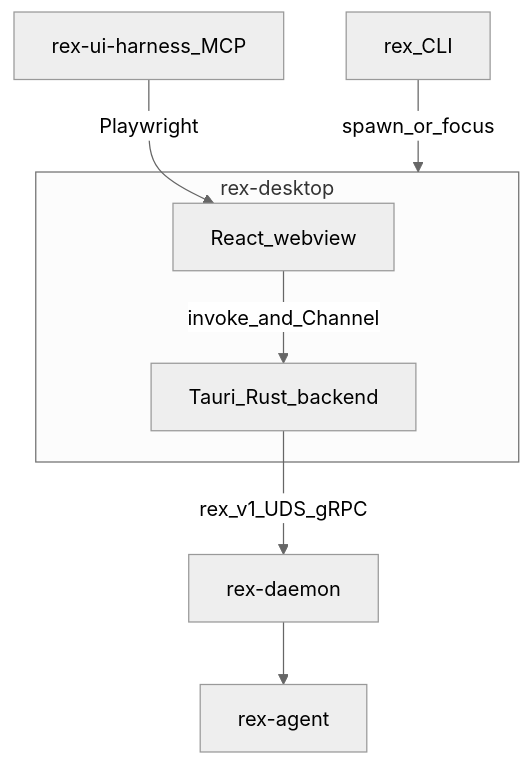
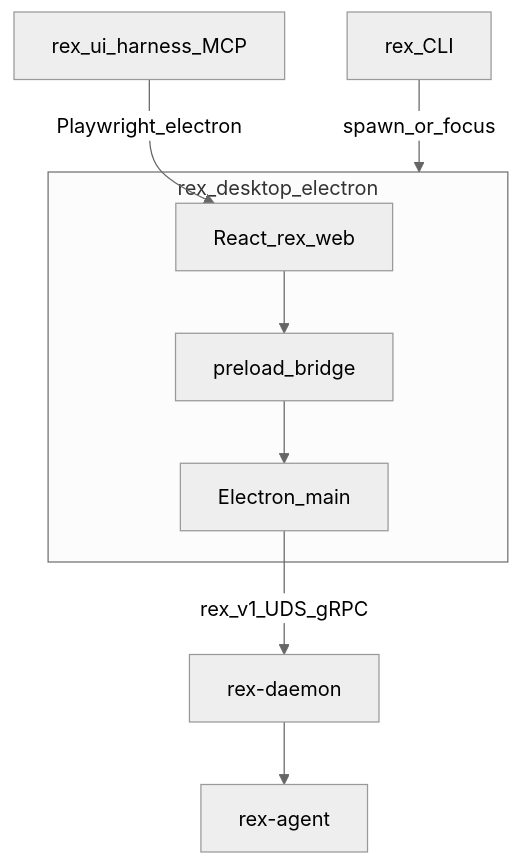
One commit to thsfranca/rex changed the diagram in docs/WEB_UI_ARCHITECTURE.md. Above: the diagram before and after it, drawn with Mermaid (neutral theme). The commit also changed other lines of this file and 9 other files, not shown here.

First line of the commit message:
docs(web-ui): adopt Electron shell for Electric Alive compositor (#418)

````diff
--- a/docs/WEB_UI_ARCHITECTURE.md
+++ b/docs/WEB_UI_ARCHITECTURE.md
@@ -31,12 +31,13 @@
 ```mermaid
 flowchart TD
-  subgraph desktop [rex-desktop]
-    WebView[React_webview]
-    TauriRust[Tauri_Rust_backend]
-    WebView -->|"invoke_and_Channel"| TauriRust
+  subgraph desktop [rex_desktop_electron]
+    Renderer[React_rex_web]
+    Preload[preload_bridge]
+    ElectronMain[Electron_main]
+    Renderer --> Preload --> ElectronMain
   end
   CLI[rex_CLI] -->|"spawn_or_focus"| desktop
-  TauriRust -->|"rex_v1_UDS_gRPC"| Daemon[rex-daemon]
+  ElectronMain -->|"rex_v1_UDS_gRPC"| Daemon[rex-daemon]
   Daemon --> Sidecar[rex-agent]
-  Harness[rex-ui-harness_MCP] -->|"Playwright"| WebView
+  Harness[rex_ui_harness_MCP] -->|"Playwright_electron"| Renderer
 ```
````
